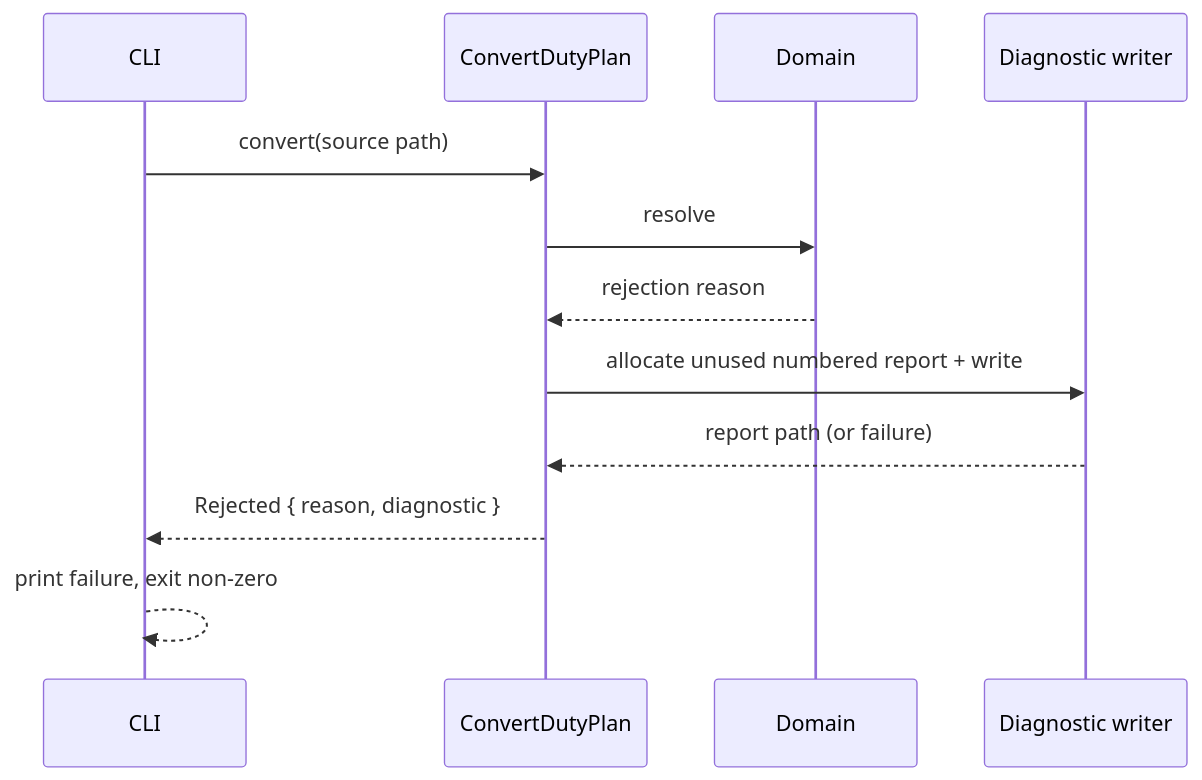
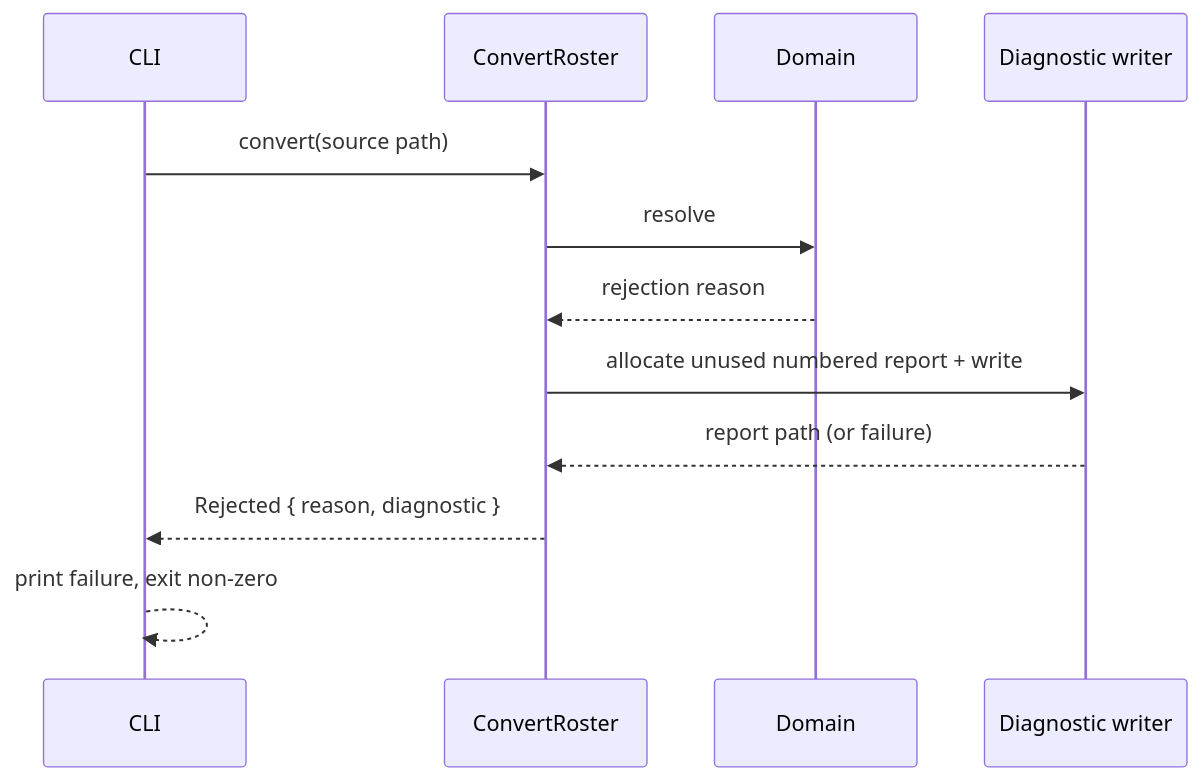
One commit to duty2cal/duty2cal changed the second of 3 diagrams in docs/arc42/06-runtime-view.md. Above: the diagram before and after it, drawn with Mermaid. The commit also changed other lines of this file and 49 other files, not shown here.

First line of the commit message:
chore(export-released-roster-calendar): reconcile the operator brief and harden the plan

````diff
--- a/docs/arc42/06-runtime-view.md
+++ b/docs/arc42/06-runtime-view.md
@@ -39,14 +39,14 @@
 ```mermaid
 sequenceDiagram
   participant CLI
-  participant App as ConvertDutyPlan
+  participant App as ConvertRoster
   participant Dom as Domain
   participant Diag as Diagnostic writer
   CLI->>App: convert(source path)
   App->>Dom: resolve
   Dom-->>App: rejection reason
   App->>Diag: allocate unused numbered report + write
   Diag-->>App: report path (or failure)
   App-->>CLI: Rejected { reason, diagnostic }
   CLI-->>CLI: print failure, exit non-zero
 ```
````
